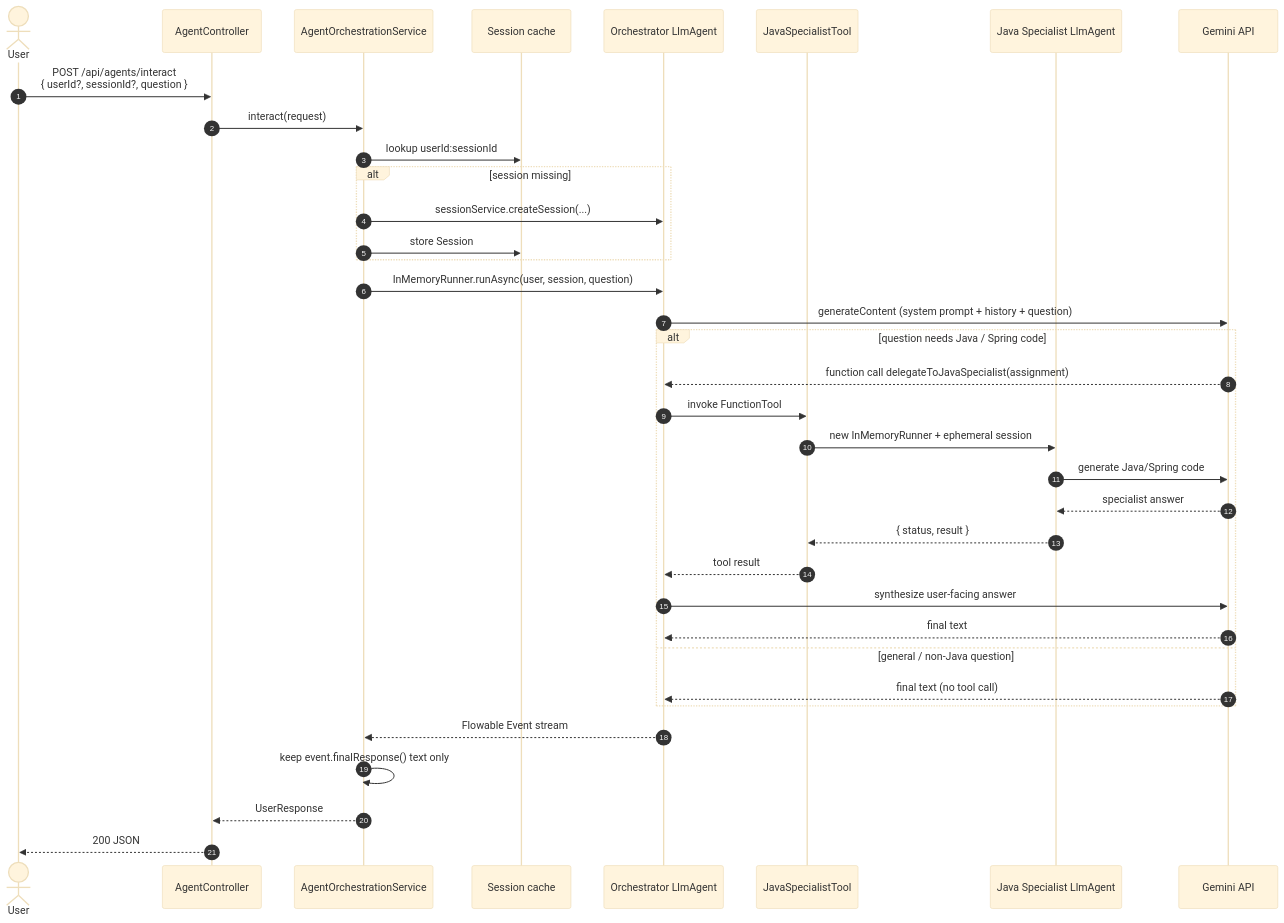
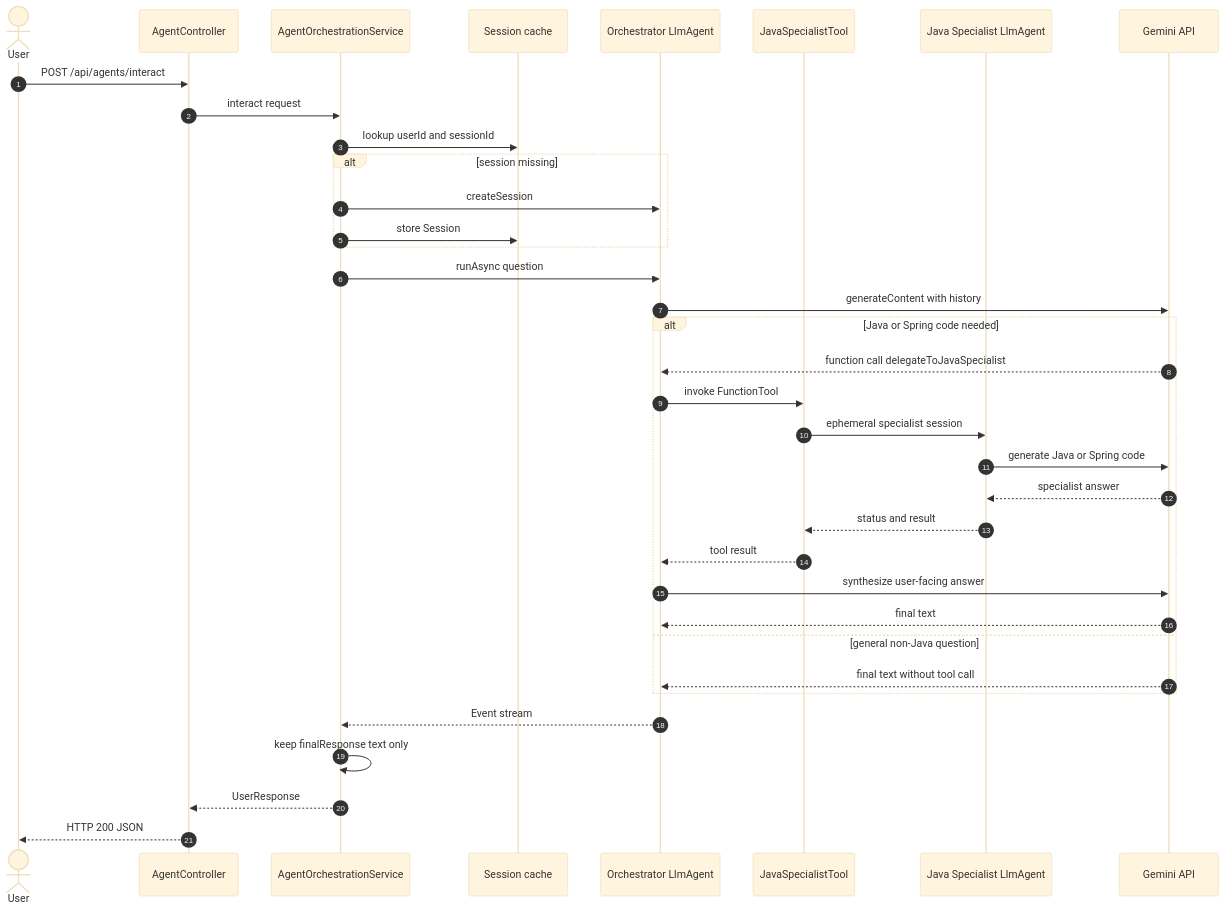
One commit to ermahto/agentic-ai-development changed the second of 2 diagrams in README.md. Above: the diagram before and after it, drawn with Mermaid (base theme). The commit also changed other lines of this file, not shown here.

````diff
--- a/README.md
+++ b/README.md
@@ -70,41 +75,41 @@
 ```mermaid
 sequenceDiagram
     autonumber
     actor User
     participant API as AgentController
     participant Svc as AgentOrchestrationService
     participant Cache as Session cache
     participant Orch as Orchestrator LlmAgent
     participant Tool as JavaSpecialistTool
     participant Spec as Java Specialist LlmAgent
     participant Gemini as Gemini API
 
-    User->>API: POST /api/agents/interact<br/>{ userId?, sessionId?, question }
-    API->>Svc: interact(request)
-    Svc->>Cache: lookup userId:sessionId
+    User->>API: POST /api/agents/interact
+    API->>Svc: interact request
+    Svc->>Cache: lookup userId and sessionId
     alt session missing
-        Svc->>Orch: sessionService.createSession(...)
+        Svc->>Orch: createSession
         Svc->>Cache: store Session
     end
-    Svc->>Orch: InMemoryRunner.runAsync(user, session, question)
-    Orch->>Gemini: generateContent (system prompt + history + question)
+    Svc->>Orch: runAsync question
+    Orch->>Gemini: generateContent with history
 
-    alt question needs Java / Spring code
-        Gemini-->>Orch: function call delegateToJavaSpecialist(assignment)
+    alt Java or Spring code needed
+        Gemini-->>Orch: function call delegateToJavaSpecialist
         Orch->>Tool: invoke FunctionTool
-        Tool->>Spec: new InMemoryRunner + ephemeral session
-        Spec->>Gemini: generate Java/Spring code
+        Tool->>Spec: ephemeral specialist session
+        Spec->>Gemini: generate Java or Spring code
         Gemini-->>Spec: specialist answer
-        Spec-->>Tool: { status, result }
+        Spec-->>Tool: status and result
         Tool-->>Orch: tool result
         Orch->>Gemini: synthesize user-facing answer
         Gemini-->>Orch: final text
-    else general / non-Java question
-        Gemini-->>Orch: final text (no tool call)
+    else general non-Java question
+        Gemini-->>Orch: final text without tool call
     end
 
-    Orch-->>Svc: Flowable Event stream
-    Svc->>Svc: keep event.finalResponse() text only
+    Orch-->>Svc: Event stream
+    Svc->>Svc: keep finalResponse text only
     Svc-->>API: UserResponse
-    API-->>User: 200 JSON
+    API-->>User: HTTP 200 JSON
 ```
````
